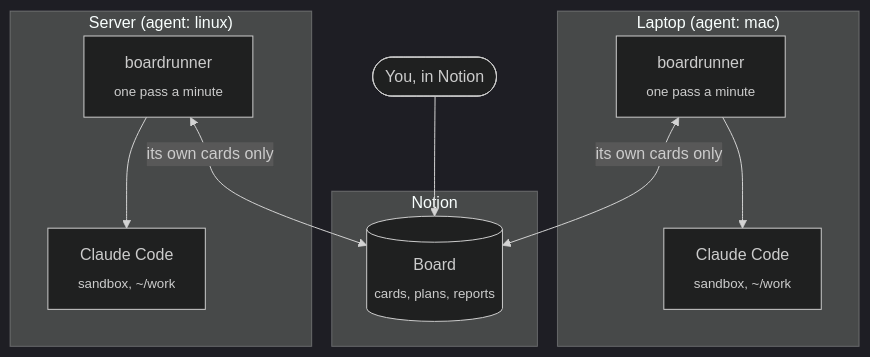
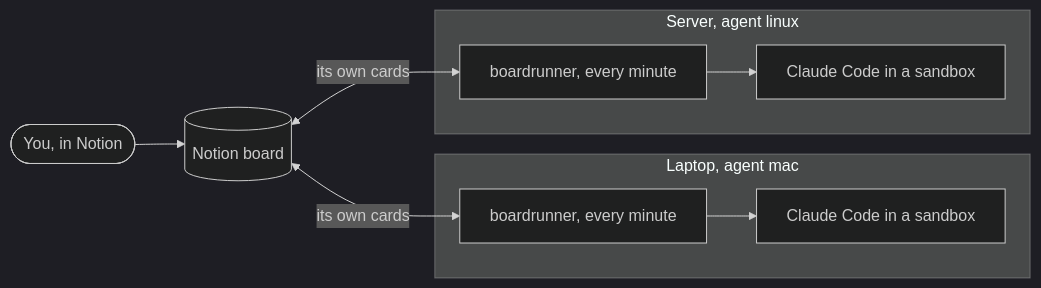
The second of 3 diagrams in README.md (cnkndmr/BoardRunner), drawn with Mermaid (dark theme) before and after one commit. The commit also changed other lines of this file, not shown here.

Commit message:
README: simpler diagrams that render without clipping

````diff
--- a/README.md
+++ b/README.md
@@ -82,15 +82,12 @@
 ```mermaid
-flowchart TB
-    subgraph N["Notion"]
-        BOARD[("Board<br/><sub>cards, plans, reports</sub>")]
+flowchart LR
+    YOU(["You, in Notion"]) --> BOARD[("Notion board")]
+    BOARD <-- "its own cards" --> S1
+    BOARD <-- "its own cards" --> S2
+    subgraph M1["Laptop, agent mac"]
+        S1["boardrunner, every minute"] --> C1["Claude Code in a sandbox"]
     end
-    subgraph M1["Laptop (agent: mac)"]
-        S1["boardrunner<br/><sub>one pass a minute</sub>"] --> C1["Claude Code<br/><sub>sandbox, ~/work</sub>"]
+    subgraph M2["Server, agent linux"]
+        S2["boardrunner, every minute"] --> C2["Claude Code in a sandbox"]
     end
-    subgraph M2["Server (agent: linux)"]
-        S2["boardrunner<br/><sub>one pass a minute</sub>"] --> C2["Claude Code<br/><sub>sandbox, ~/work</sub>"]
-    end
-    S1 <-- "its own cards only" --> BOARD
-    S2 <-- "its own cards only" --> BOARD
-    YOU(["You, in Notion"]) --> BOARD
 ```
````
